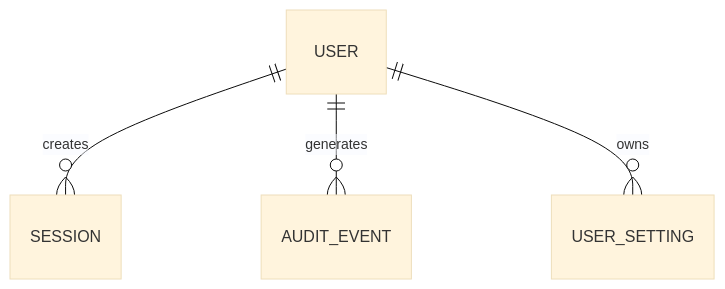
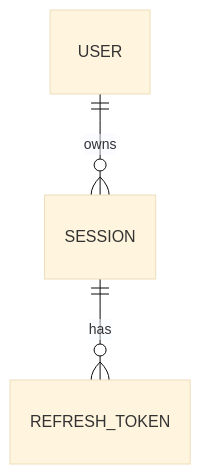
Before and after one commit to chirijose79-ui/Chiri: the third of 22 diagrams in docs/050_BaseDatos.md, drawn with Mermaid (base theme). The commit also changed other lines of this file, not shown here.

````diff
--- a/docs/050_BaseDatos.md
+++ b/docs/050_BaseDatos.md
@@ -341,9 +346,5 @@
 ```mermaid id="7m2q5x"
 erDiagram
-
-    USER ||--o{ SESSION : creates
-
-    USER ||--o{ AUDIT_EVENT : generates
-
-    USER ||--o{ USER_SETTING : owns
+    USER ||--o{ SESSION : owns
+    SESSION ||--o{ REFRESH_TOKEN : has
 ```
````
